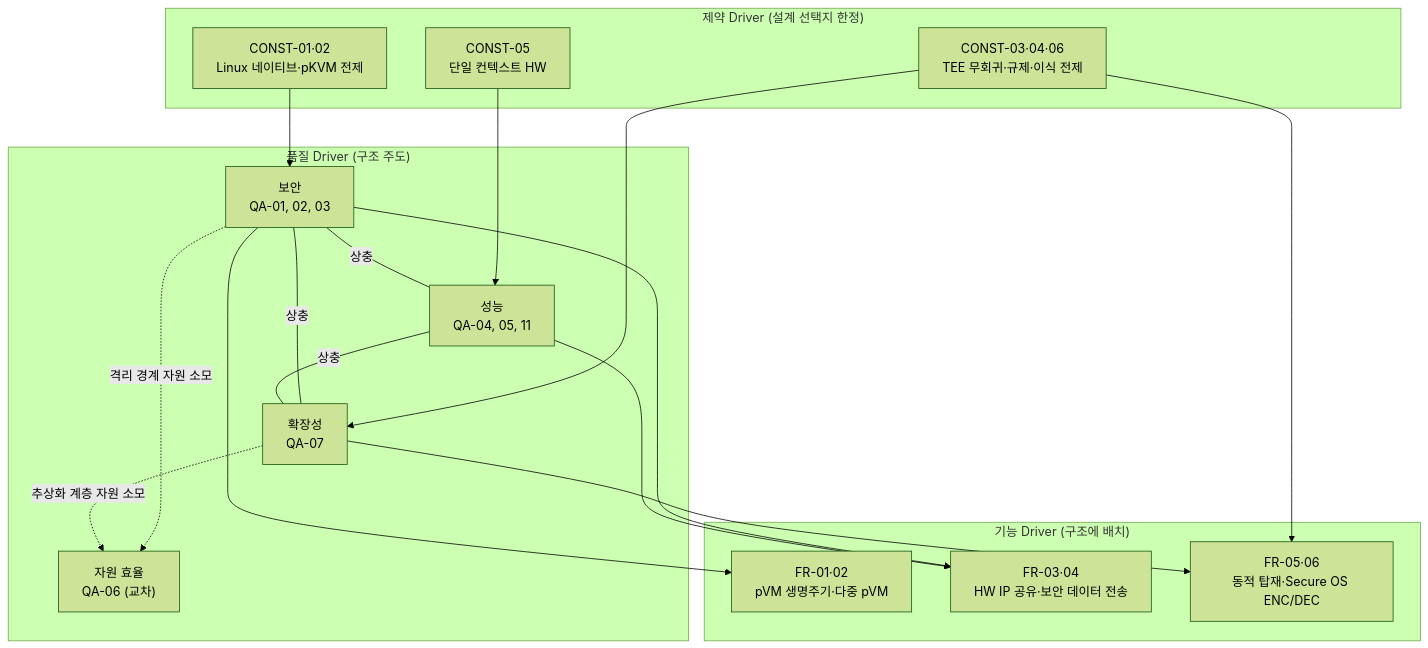
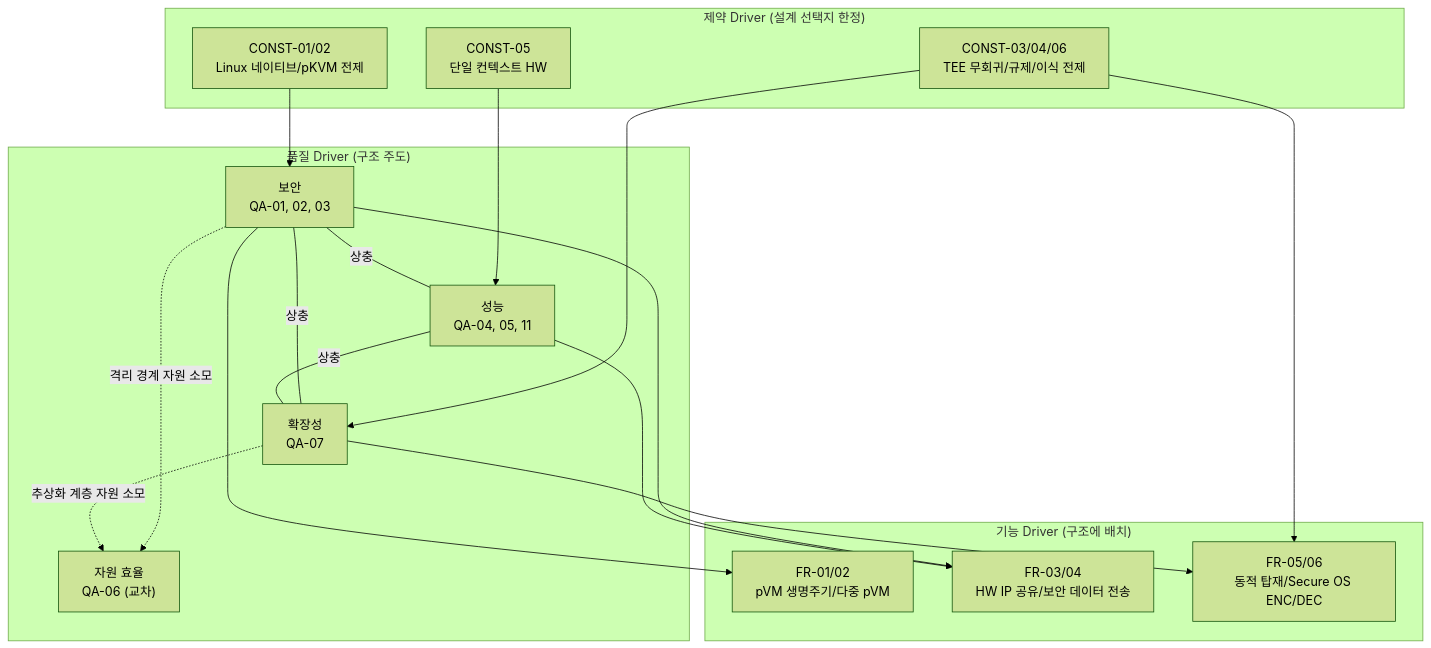
The diagram in docs/04_architectural_drivers.md (boram1288/test-p), drawn with Mermaid (forest theme) before and after one commit. The commit also changed other lines of this file and 29 other files, not shown here.

````diff
--- a/docs/04_architectural_drivers.md
+++ b/docs/04_architectural_drivers.md
@@ -91,33 +91,33 @@
 ```mermaid
 flowchart TB
     subgraph const_d["제약 Driver (설계 선택지 한정)"]
-        C12["CONST-01·02<br/>Linux 네이티브·pKVM 전제"]
+        C12["CONST-01/02<br/>Linux 네이티브/pKVM 전제"]
         C5["CONST-05<br/>단일 컨텍스트 HW"]
-        C36["CONST-03·04·06<br/>TEE 무회귀·규제·이식 전제"]
+        C36["CONST-03/04/06<br/>TEE 무회귀/규제/이식 전제"]
     end
     subgraph qa_d["품질 Driver (구조 주도)"]
         SEC["보안<br/>QA-01, 02, 03"]
         PERF["성능<br/>QA-04, 05, 11"]
         EXT["확장성<br/>QA-07"]
         RES["자원 효율<br/>QA-06 (교차)"]
     end
     subgraph fr_d["기능 Driver (구조에 배치)"]
-        F12["FR-01·02<br/>pVM 생명주기·다중 pVM"]
-        F34["FR-03·04<br/>HW IP 공유·보안 데이터 전송"]
-        F56["FR-05·06<br/>동적 탑재·Secure OS ENC/DEC"]
+        F12["FR-01/02<br/>pVM 생명주기/다중 pVM"]
+        F34["FR-03/04<br/>HW IP 공유/보안 데이터 전송"]
+        F56["FR-05/06<br/>동적 탑재/Secure OS ENC/DEC"]
     end
 
     C12 --> SEC
     C5 --> PERF
     C36 --> EXT
     SEC ---|"상충"| PERF
     SEC ---|"상충"| EXT
     PERF ---|"상충"| EXT
     SEC -.->|"격리 경계 자원 소모"| RES
     EXT -.->|"추상화 계층 자원 소모"| RES
     SEC --> F12
     SEC --> F34
     PERF --> F34
     EXT --> F56
     C36 --> F56
 ```
````
